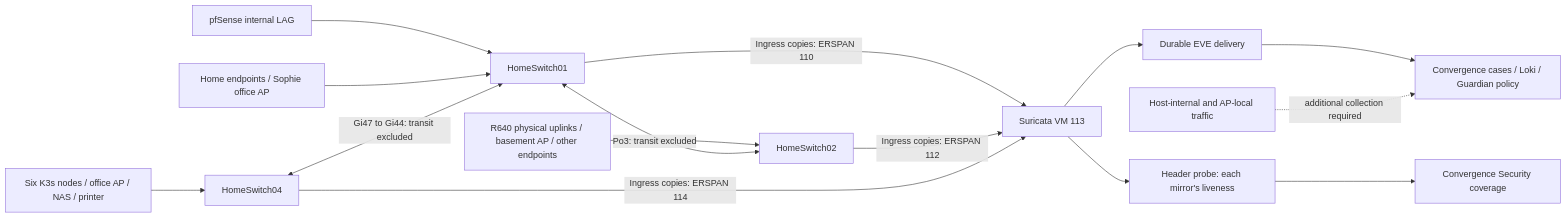
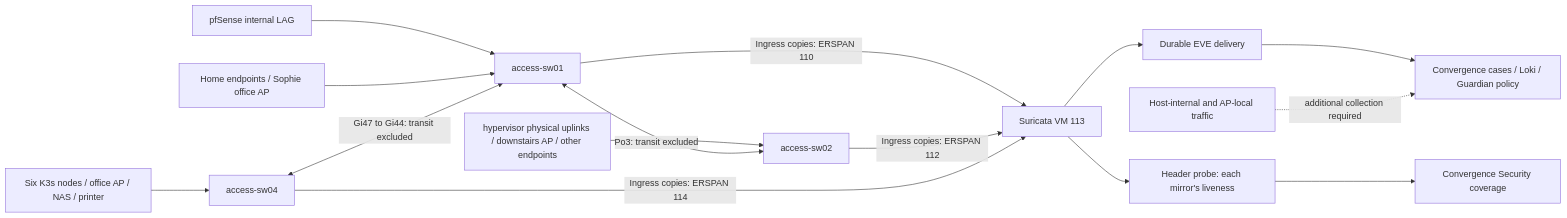
Before and after one commit to byrn-baker/convergence-platform: the diagram in docs/runbooks/convergence-network-coverage.md, drawn with Mermaid. The commit also changed other lines of this file and 40 other files, not shown here.

````diff
--- a/docs/runbooks/convergence-network-coverage.md
+++ b/docs/runbooks/convergence-network-coverage.md
@@ -14,17 +14,17 @@
 ```mermaid
 flowchart LR
-  FW[pfSense internal LAG] --> S1[HomeSwitch01]
+  FW[pfSense internal LAG] --> S1[access-sw01]
   E1[Home endpoints / Sophie office AP] --> S1
-  E2[R640 physical uplinks / basement AP / other endpoints] --> S2[HomeSwitch02]
-  E4[Six K3s nodes / office AP / NAS / printer] --> S4[HomeSwitch04]
+  E2[hypervisor physical uplinks / downstairs AP / other endpoints] --> S2[access-sw02]
+  E4[Six K3s nodes / office AP / NAS / printer] --> S4[access-sw04]
   S4 <-->|Gi47 to Gi44: transit excluded| S1
   S1 <-->|Po3: transit excluded| S2
   S1 -->|Ingress copies: ERSPAN 110| IDS[Suricata VM 113]
   S2 -->|Ingress copies: ERSPAN 112| IDS
   S4 -->|Ingress copies: ERSPAN 114| IDS
   IDS --> EVE[Durable EVE delivery]
   EVE --> CV[Convergence cases / Loki / Guardian policy]
   IDS --> PROBE[Header probe: each mirror's liveness]
   PROBE --> HUD[Convergence Security coverage]
   GAP[Host-internal and AP-local traffic] -. additional collection required .-> CV
 ```
````
